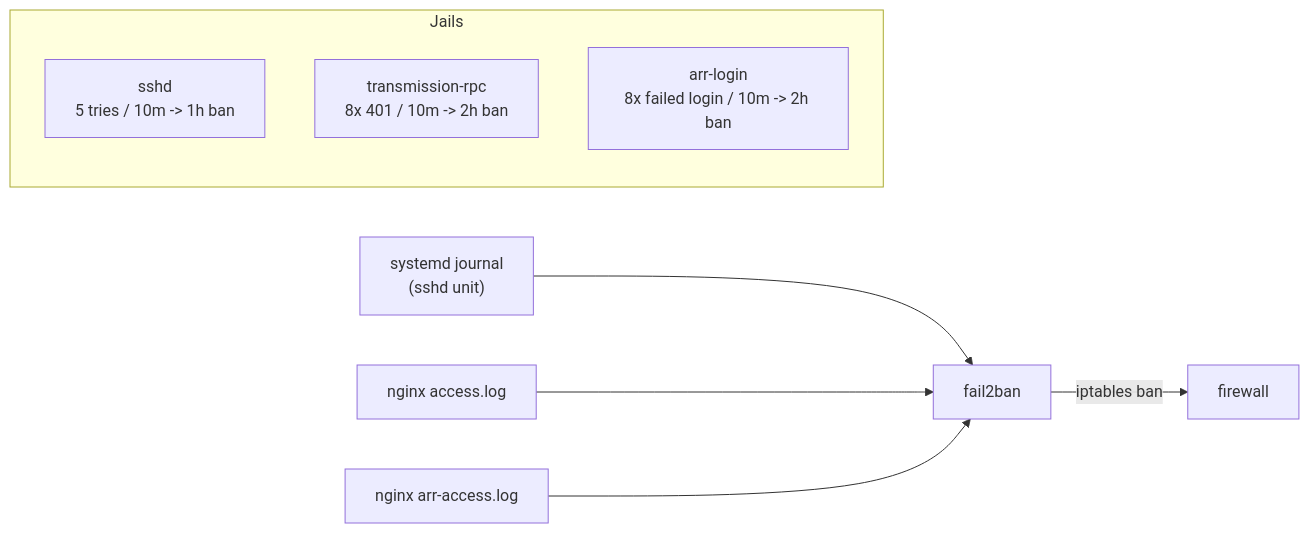
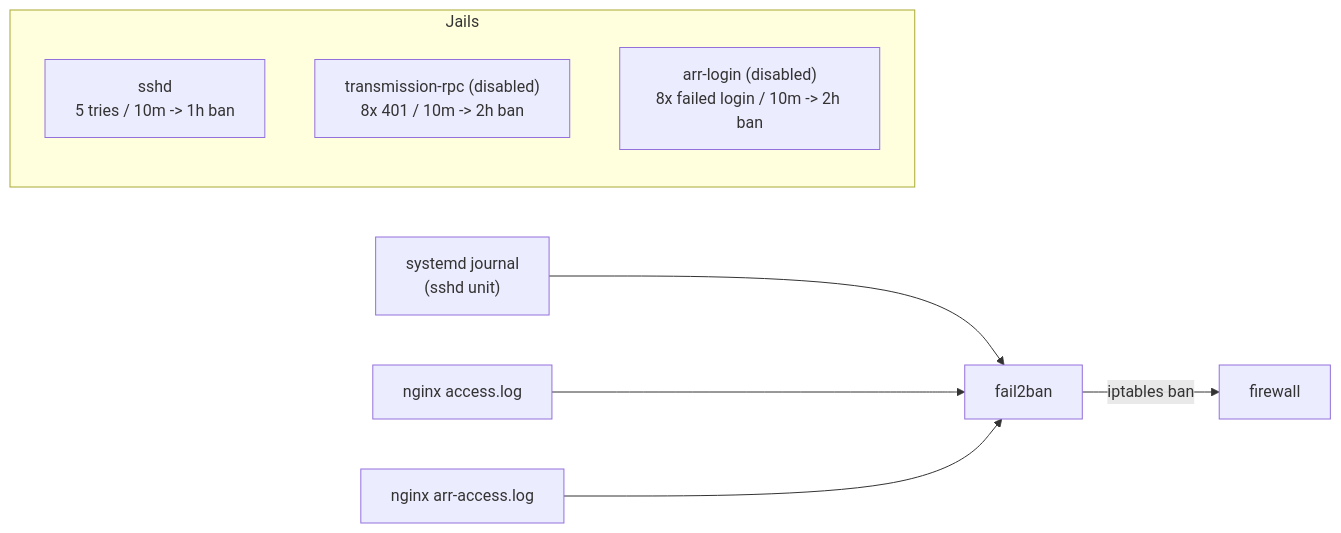
One commit to sillyash/homelab changed the diagram in services/fail2ban/README.md. Above: the diagram before and after it, drawn with Mermaid. The commit also changed other lines of this file and 4 other files, not shown here.

````diff
--- a/services/fail2ban/README.md
+++ b/services/fail2ban/README.md
@@ -11,13 +15,13 @@
 ```mermaid
 graph LR
     journal["systemd journal<br>(sshd unit)"] --> f2b["fail2ban"]
     nginxlog["nginx access.log"] --> f2b
     arrlog["nginx arr-access.log"] --> f2b
     f2b -->|"iptables ban"| firewall["firewall"]
 
     subgraph Jails
         sshd_jail["sshd<br>5 tries / 10m -> 1h ban"]
-        rpc_jail["transmission-rpc<br>8x 401 / 10m -> 2h ban"]
-        arr_jail["arr-login<br>8x failed login / 10m -> 2h ban"]
+        rpc_jail["transmission-rpc (disabled)<br>8x 401 / 10m -> 2h ban"]
+        arr_jail["arr-login (disabled)<br>8x failed login / 10m -> 2h ban"]
     end
 ```
````
